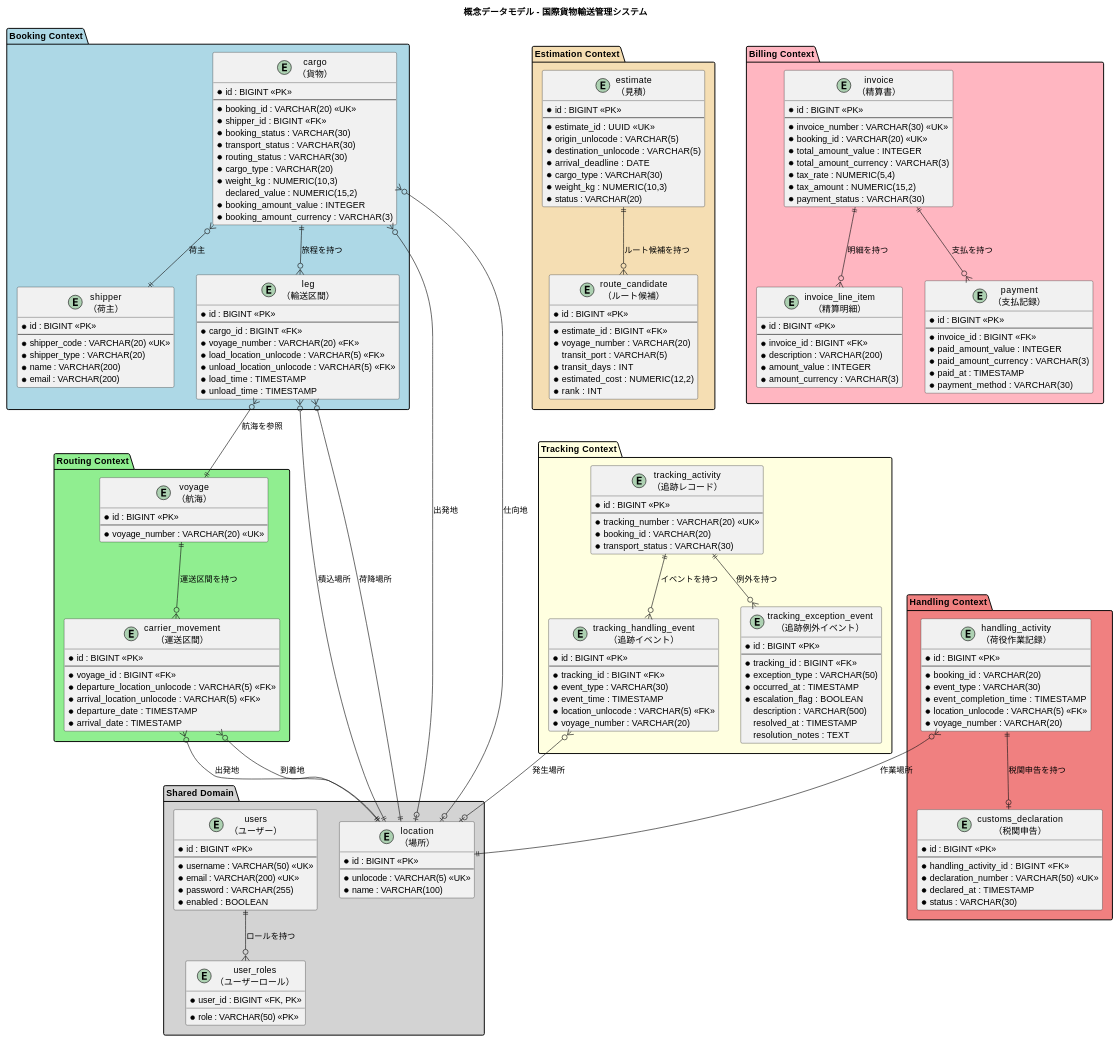
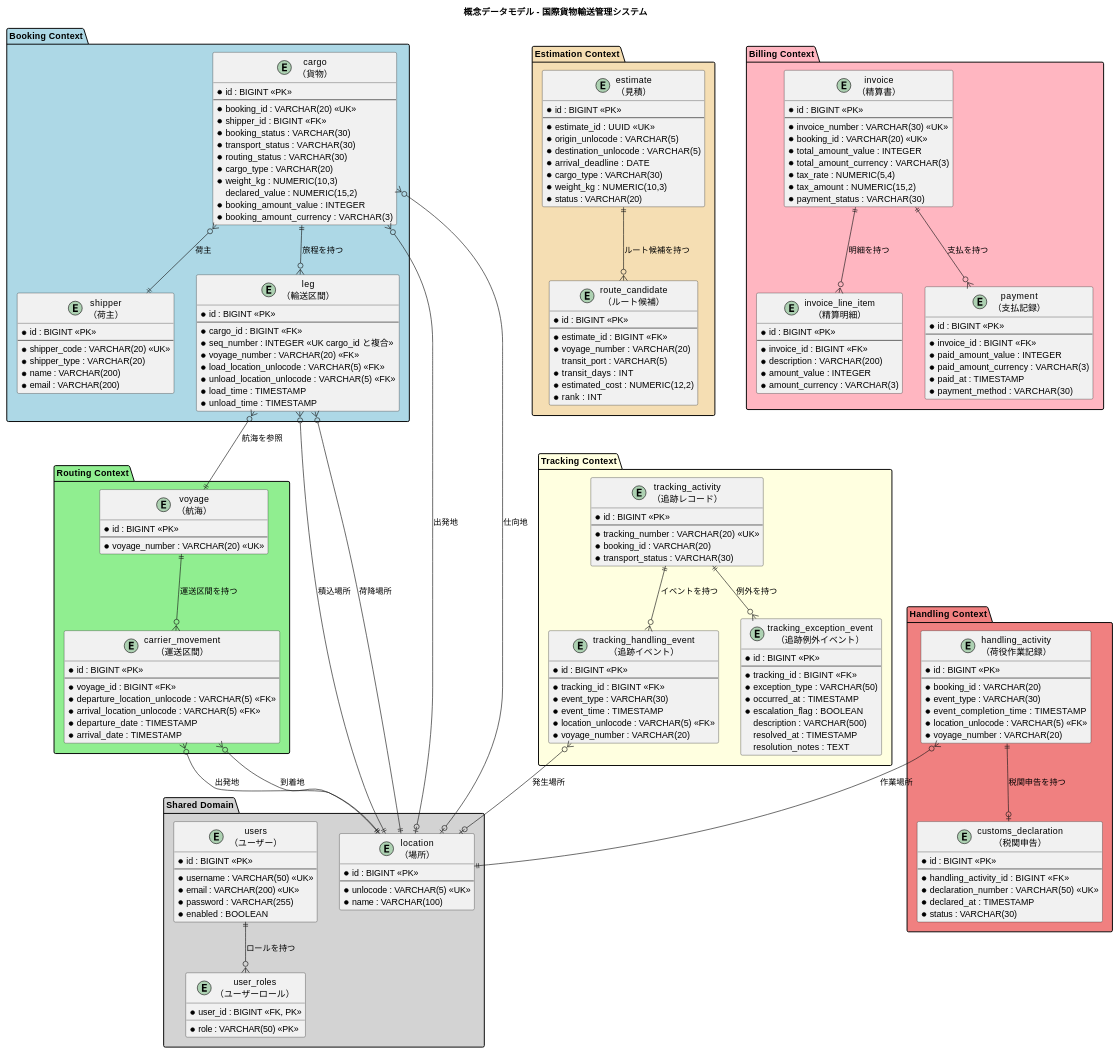
Before and after one commit to k2works/case-study-cargo-tracker: the first of 9 diagrams in docs/design/data-model.md, drawn with PlantUML. The commit also changed 4 other files, not shown here.

```diff
--- a/docs/design/data-model.md
+++ b/docs/design/data-model.md
@@ -91,6 +91,7 @@
     * id : BIGINT <<PK>>
     --
     * cargo_id : BIGINT <<FK>>
+    * seq_number : INTEGER <<UK cargo_id と複合>>
     * voyage_number : VARCHAR(20) <<FK>>
     * load_location_unlocode : VARCHAR(5) <<FK>>
     * unload_location_unlocode : VARCHAR(5) <<FK>>
```
